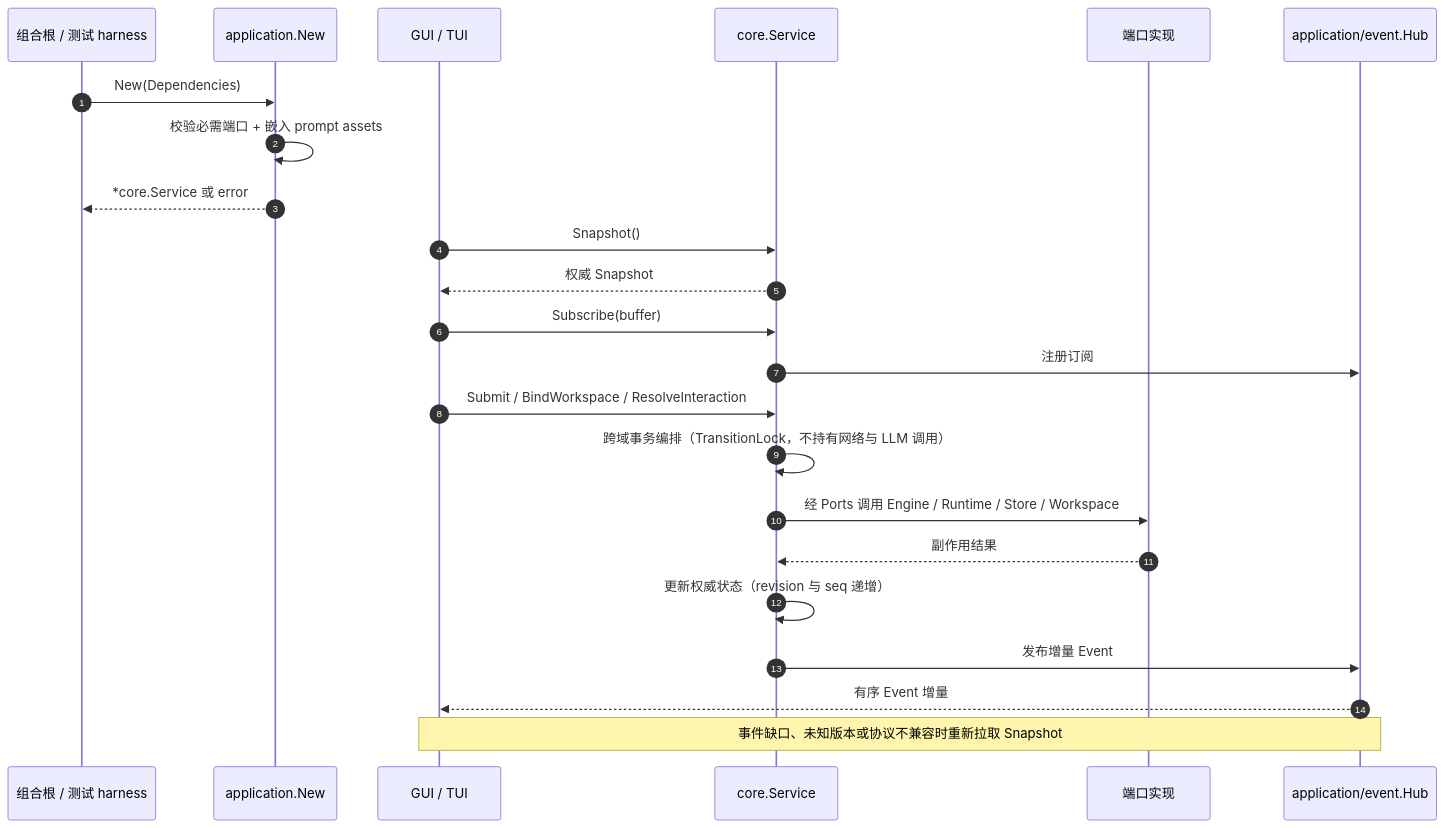
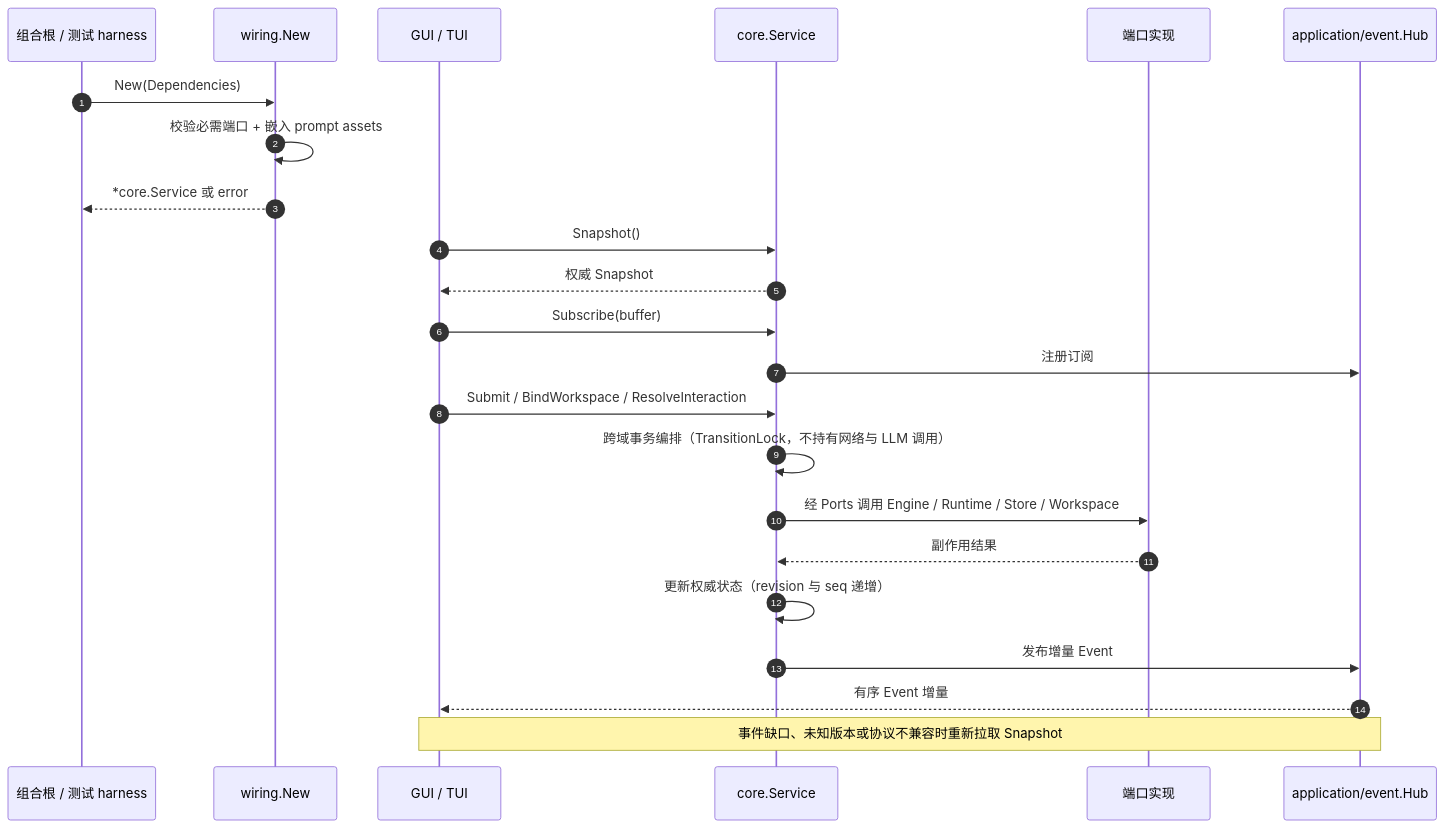
One commit to RedHuang-0622/seelex changed the third of 5 diagrams in application/README.md. Above: the diagram before and after it, drawn with Mermaid. The commit also changed other lines of this file and 1013 other files, not shown here.

````diff
--- a/application/README.md
+++ b/application/README.md
@@ -159,28 +184,28 @@
 ```mermaid
 sequenceDiagram
     autonumber
     participant H as 组合根 / 测试 harness
-    participant A as application.New
+    participant A as wiring.New
     participant F as GUI / TUI
     participant S as core.Service
     participant P as 端口实现
     participant E as application/event.Hub
 
     H->>A: New(Dependencies)
     A->>A: 校验必需端口 + 嵌入 prompt assets
     A-->>H: *core.Service 或 error
 
     F->>S: Snapshot()
     S-->>F: 权威 Snapshot
     F->>S: Subscribe(buffer)
     S->>E: 注册订阅
 
     F->>S: Submit / BindWorkspace / ResolveInteraction
     S->>S: 跨域事务编排（TransitionLock，不持有网络与 LLM 调用）
     S->>P: 经 Ports 调用 Engine / Runtime / Store / Workspace
     P-->>S: 副作用结果
     S->>S: 更新权威状态（revision 与 seq 递增）
     S->>E: 发布增量 Event
     E-->>F: 有序 Event 增量
     Note over F,E: 事件缺口、未知版本或协议不兼容时重新拉取 Snapshot
 ```
````
